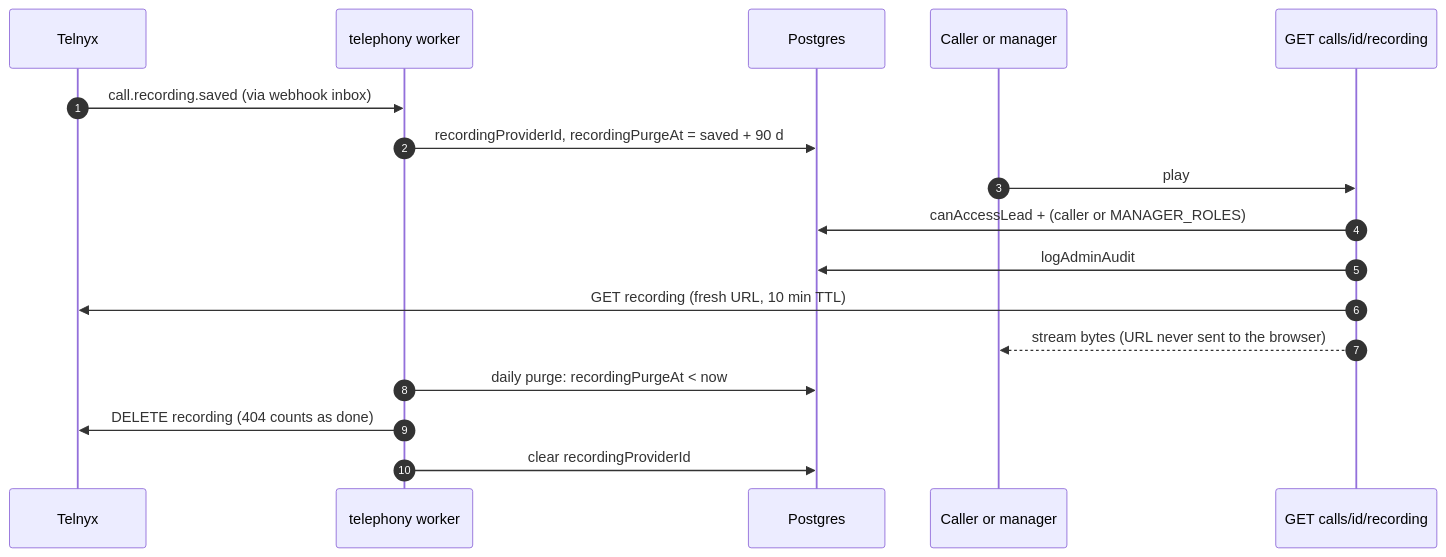
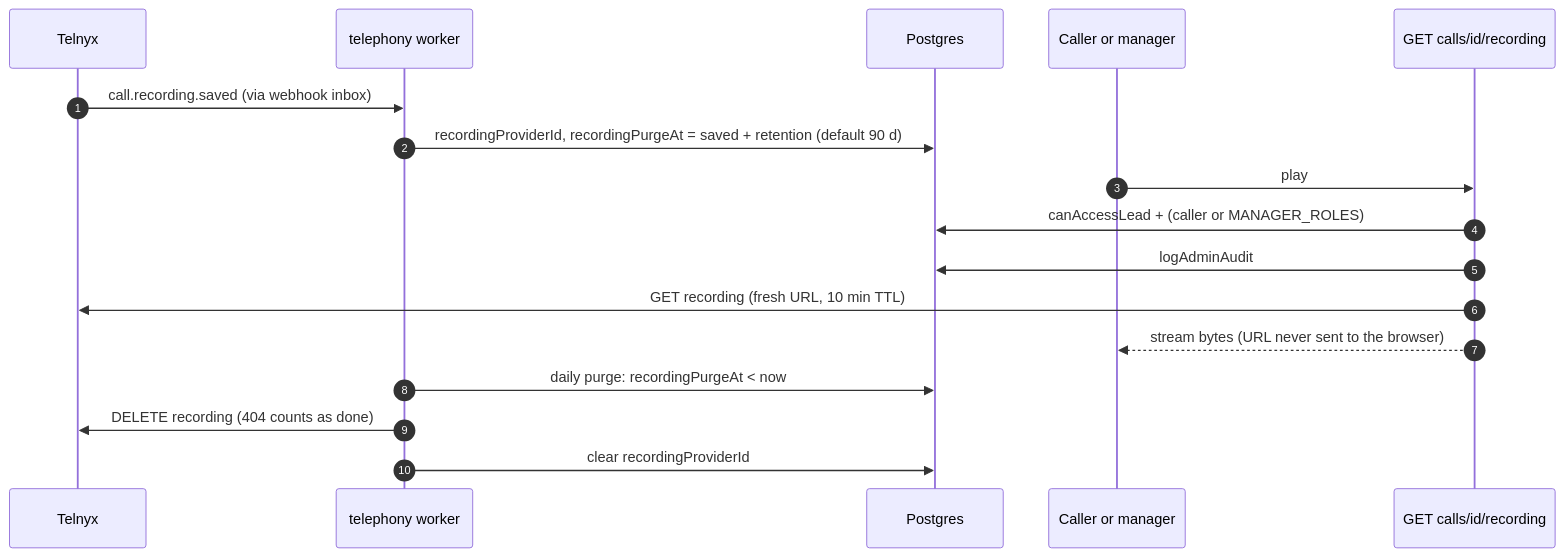
Before and after one commit to sonnynguyen170321-ctrl/CRM-4-Telestar-Final: the sixth of 6 diagrams in docs/dialer/ARCHITECTURE.md, drawn with Mermaid. The commit also changed other lines of this file and 47 other files, not shown here.

````diff
--- a/docs/dialer/ARCHITECTURE.md
+++ b/docs/dialer/ARCHITECTURE.md
@@ -183,19 +191,19 @@
 ```mermaid
 sequenceDiagram
   autonumber
   participant T as Telnyx
   participant W as telephony worker
   participant DB as Postgres
   participant U as Caller or manager
   participant R as GET calls/id/recording
   T->>W: call.recording.saved (via webhook inbox)
-  W->>DB: recordingProviderId, recordingPurgeAt = saved + 90 d
+  W->>DB: recordingProviderId, recordingPurgeAt = saved + retention (default 90 d)
   U->>R: play
   R->>DB: canAccessLead + (caller or MANAGER_ROLES)
   R->>DB: logAdminAudit
   R->>T: GET recording (fresh URL, 10 min TTL)
   R-->>U: stream bytes (URL never sent to the browser)
   W->>DB: daily purge: recordingPurgeAt < now
   W->>T: DELETE recording (404 counts as done)
   W->>DB: clear recordingProviderId
 ```
````
